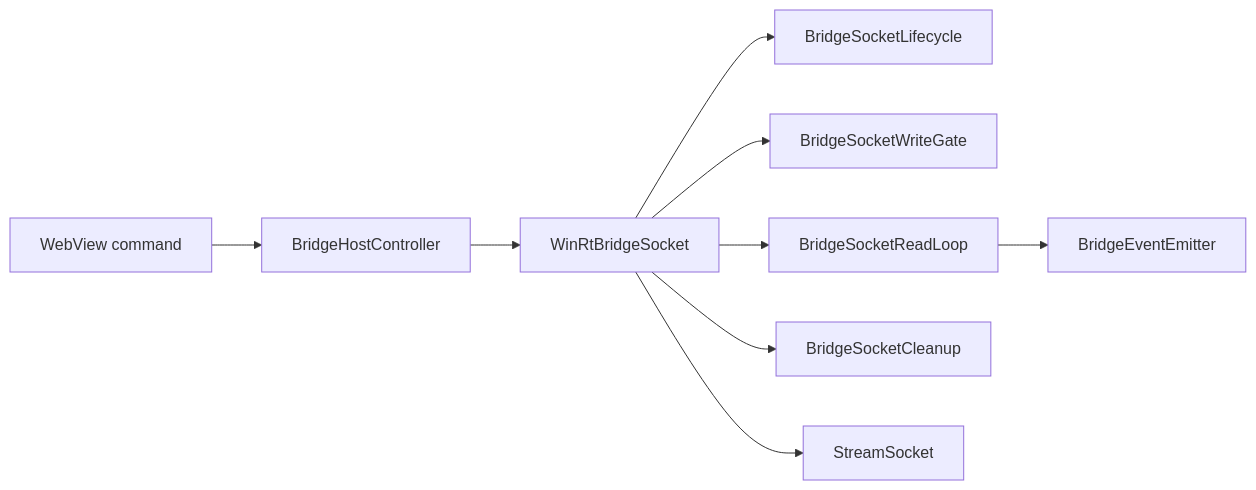
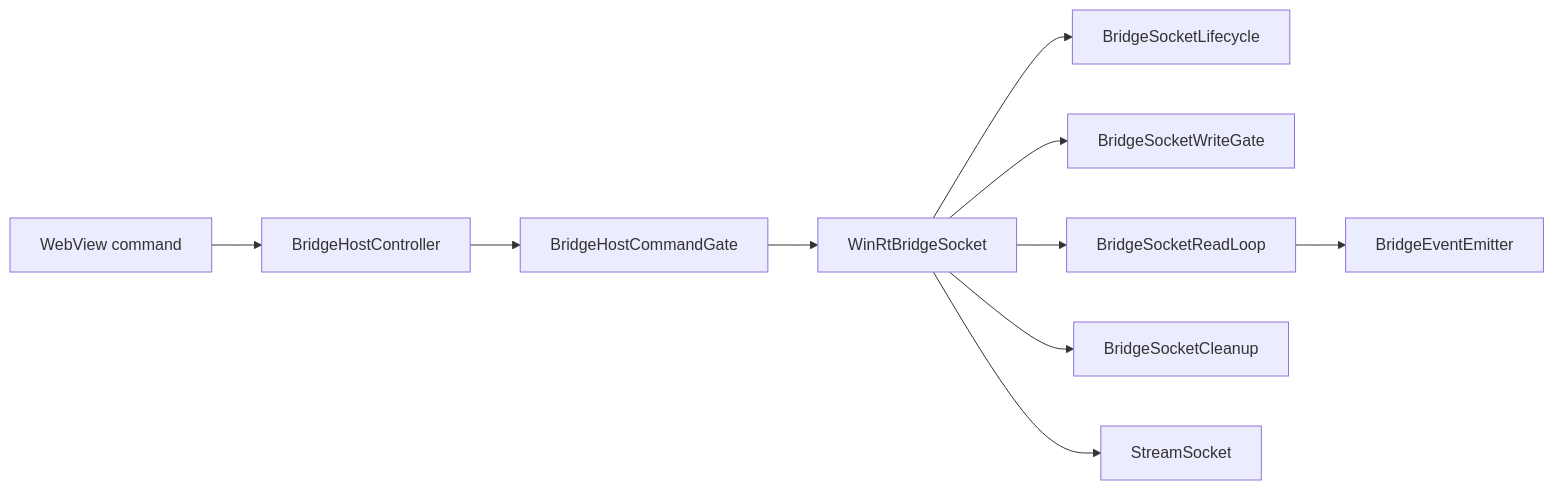
The third of 4 diagrams in README.md (aloisiocosta-prof/universal-ssh), drawn with Mermaid before and after one commit. The commit also changed other lines of this file and 7 other files, not shown here.

First line of the commit message:
feat(uwp): serialize host bridge commands (#63)

````diff
--- a/README.md
+++ b/README.md
@@ -96,11 +96,12 @@
 ```mermaid
 flowchart LR
   JS[WebView command] --> HC[BridgeHostController]
-  HC --> BS[WinRtBridgeSocket]
+  HC --> CG[BridgeHostCommandGate]
+  CG --> BS[WinRtBridgeSocket]
   BS --> LC[BridgeSocketLifecycle]
   BS --> WG[BridgeSocketWriteGate]
   BS --> RL[BridgeSocketReadLoop]
   BS --> CL[BridgeSocketCleanup]
   RL --> EM[BridgeEventEmitter]
   BS --> SS[StreamSocket]
 ```
````
